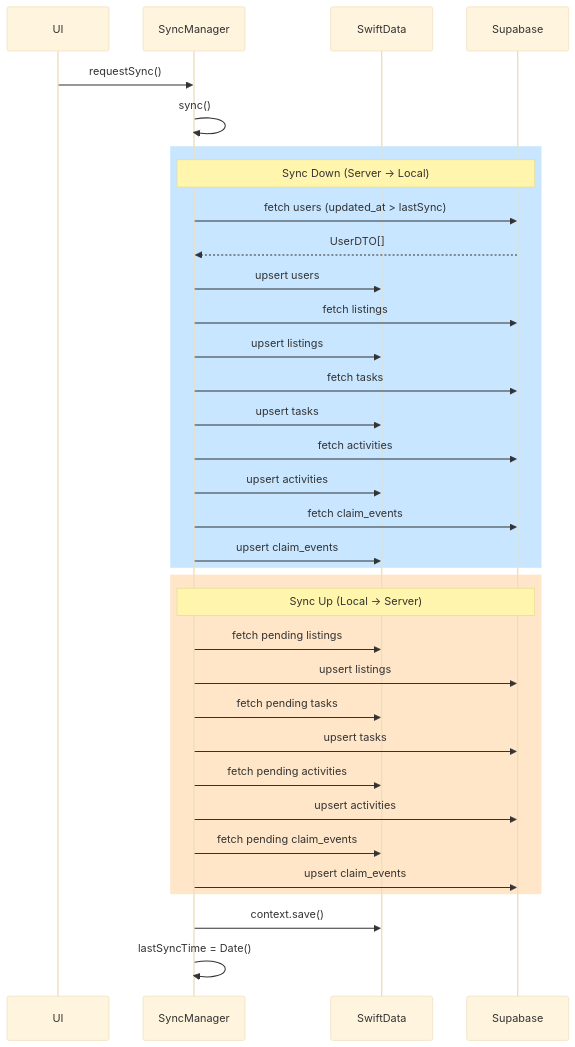
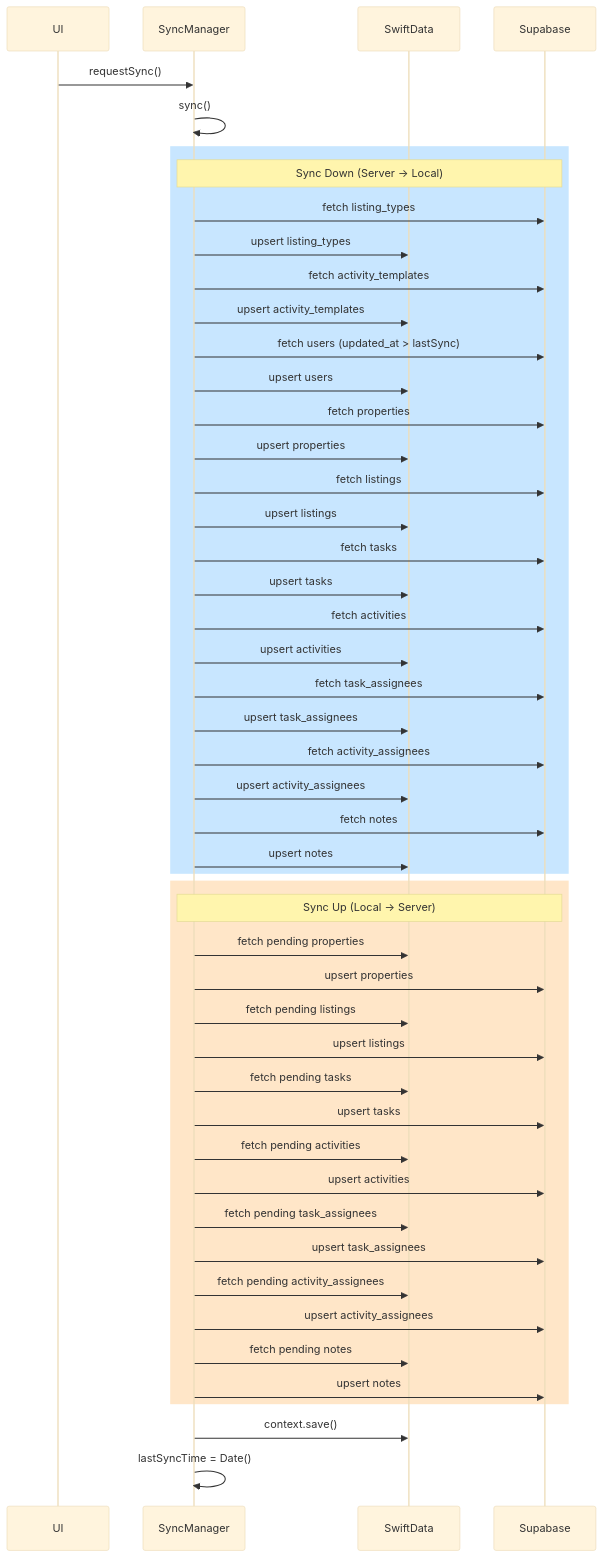
Before and after one commit to ArchieOS-org/Dispatch: the third of 3 diagrams in DATA_SYSTEM.md, drawn with Mermaid (base theme). The commit also changed other lines of this file, not shown here.

First line of the commit message:
docs: Complete DATA_SYSTEM.md rewrite to match actual codebase

````diff
--- a/DATA_SYSTEM.md
+++ b/DATA_SYSTEM.md
@@ -924,40 +1169,55 @@
 ```mermaid
 sequenceDiagram
     participant UI
     participant SyncManager
     participant SwiftData
     participant Supabase
 
     UI->>SyncManager: requestSync()
     SyncManager->>SyncManager: sync()
 
     rect rgb(200, 230, 255)
-        Note over SyncManager,Supabase: Sync Down (Server → Local)
+        Note over SyncManager,Supabase: Sync Down (Server -> Local)
+        SyncManager->>Supabase: fetch listing_types
+        SyncManager->>SwiftData: upsert listing_types
+        SyncManager->>Supabase: fetch activity_templates
+        SyncManager->>SwiftData: upsert activity_templates
         SyncManager->>Supabase: fetch users (updated_at > lastSync)
-        Supabase-->>SyncManager: UserDTO[]
         SyncManager->>SwiftData: upsert users
+        SyncManager->>Supabase: fetch properties
+        SyncManager->>SwiftData: upsert properties
         SyncManager->>Supabase: fetch listings
         SyncManager->>SwiftData: upsert listings
         SyncManager->>Supabase: fetch tasks
         SyncManager->>SwiftData: upsert tasks
         SyncManager->>Supabase: fetch activities
         SyncManager->>SwiftData: upsert activities
-        SyncManager->>Supabase: fetch claim_events
-        SyncManager->>SwiftData: upsert claim_events
+        SyncManager->>Supabase: fetch task_assignees
+        SyncManager->>SwiftData: upsert task_assignees
+        SyncManager->>Supabase: fetch activity_assignees
+        SyncManager->>SwiftData: upsert activity_assignees
+        SyncManager->>Supabase: fetch notes
+        SyncManager->>SwiftData: upsert notes
     end
 
     rect rgb(255, 230, 200)
-        Note over SyncManager,Supabase: Sync Up (Local → Server)
+        Note over SyncManager,Supabase: Sync Up (Local -> Server)
+        SyncManager->>SwiftData: fetch pending properties
+        SyncManager->>Supabase: upsert properties
         SyncManager->>SwiftData: fetch pending listings
         SyncManager->>Supabase: upsert listings
         SyncManager->>SwiftData: fetch pending tasks
         SyncManager->>Supabase: upsert tasks
         SyncManager->>SwiftData: fetch pending activities
         SyncManager->>Supabase: upsert activities
-        SyncManager->>SwiftData: fetch pending claim_events
-        SyncManager->>Supabase: upsert claim_events
+        SyncManager->>SwiftData: fetch pending task_assignees
+        SyncManager->>Supabase: upsert task_assignees
+        SyncManager->>SwiftData: fetch pending activity_assignees
+        SyncManager->>Supabase: upsert activity_assignees
+        SyncManager->>SwiftData: fetch pending notes
+        SyncManager->>Supabase: upsert notes
     end
 
     SyncManager->>SwiftData: context.save()
     SyncManager->>SyncManager: lastSyncTime = Date()
 ```
````
